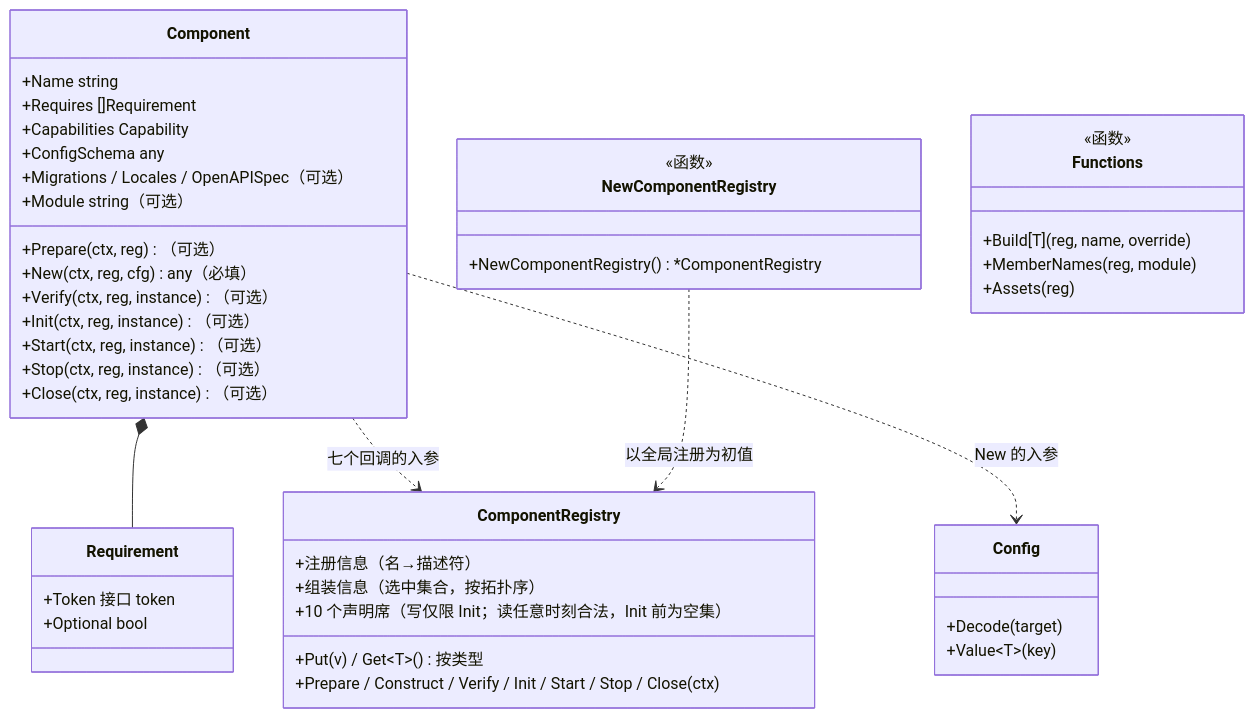
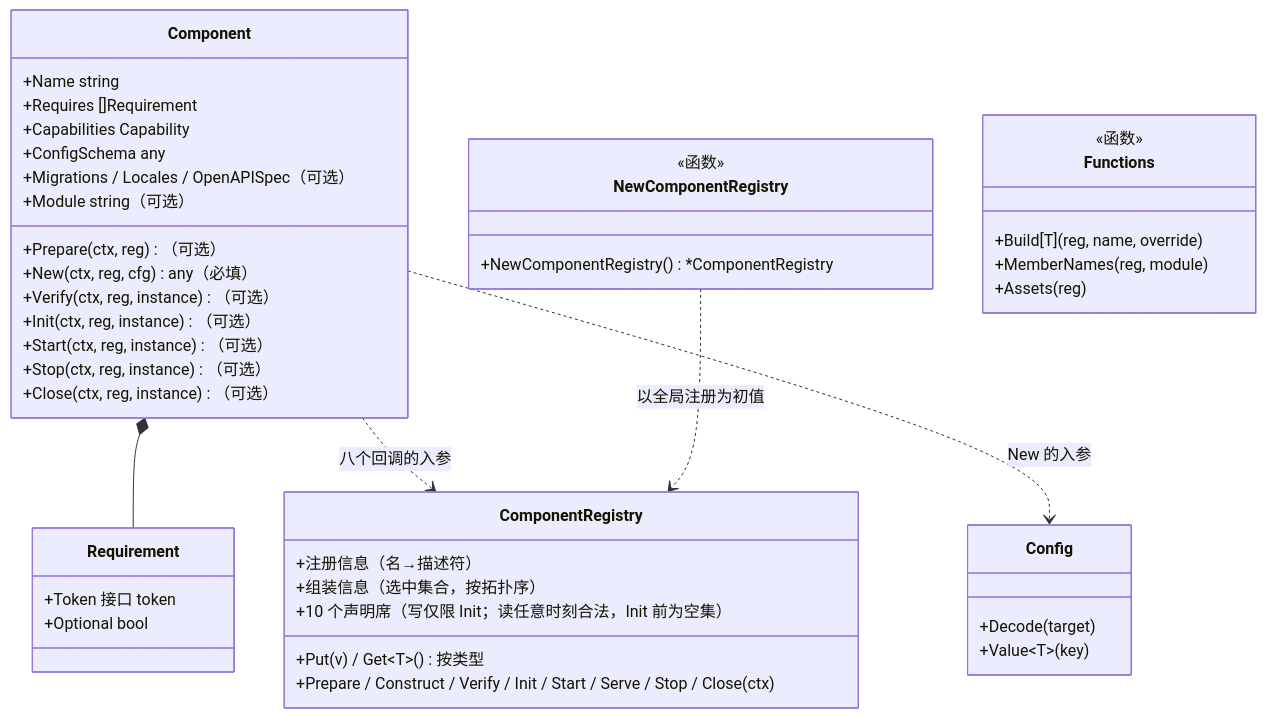
One commit to vislake/speed changed the second of 6 diagrams in docs/internal/29-config-driven-component-assembly.md. Above: the diagram before and after it, drawn with Mermaid. The commit also changed other lines of this file and 32 other files, not shown here.

````diff
--- a/docs/internal/29-config-driven-component-assembly.md
+++ b/docs/internal/29-config-driven-component-assembly.md
@@ -189,48 +194,48 @@
 ```mermaid
 classDiagram
     class Component {
         +Name string
         +Prepare(ctx, reg)（可选）
         +New(ctx, reg, cfg) any（必填）
         +Verify(ctx, reg, instance)（可选）
         +Init(ctx, reg, instance)（可选）
         +Start(ctx, reg, instance)（可选）
         +Stop(ctx, reg, instance)（可选）
         +Close(ctx, reg, instance)（可选）
         +Requires []Requirement
         +Capabilities Capability
         +ConfigSchema any
         +Migrations / Locales / OpenAPISpec（可选）
         +Module string（可选）
     }
     class Requirement {
         +Token 接口 token
         +Optional bool
     }
     class ComponentRegistry {
         +注册信息（名→描述符）
         +组装信息（选中集合，按拓扑序）
         +Put(v) / Get~T~() 按类型
         +10 个声明席（写仅限 Init；读任意时刻合法，Init 前为空集）
-        +Prepare / Construct / Verify / Init / Start / Stop / Close(ctx)
+        +Prepare / Construct / Verify / Init / Start / Serve / Stop / Close(ctx)
     }
     class Config {
         +Decode(target)
         +Value~T~(key)
     }
     class NewComponentRegistry {
         <<函数>>
         +NewComponentRegistry() *ComponentRegistry
     }
     class Functions {
         <<函数>>
         +Build[T](reg, name, override)
         +MemberNames(reg, module)
         +Assets(reg)
     }
 
     Component *-- Requirement
-    Component ..> ComponentRegistry : 七个回调的入参
+    Component ..> ComponentRegistry : 八个回调的入参
     Component ..> Config : New 的入参
     NewComponentRegistry ..> ComponentRegistry : 以全局注册为初值
 ```
````
